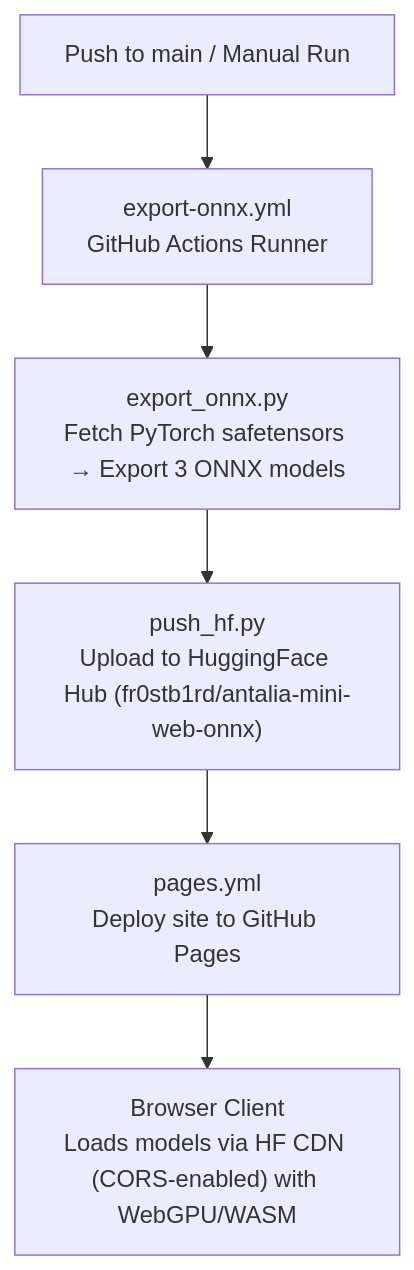
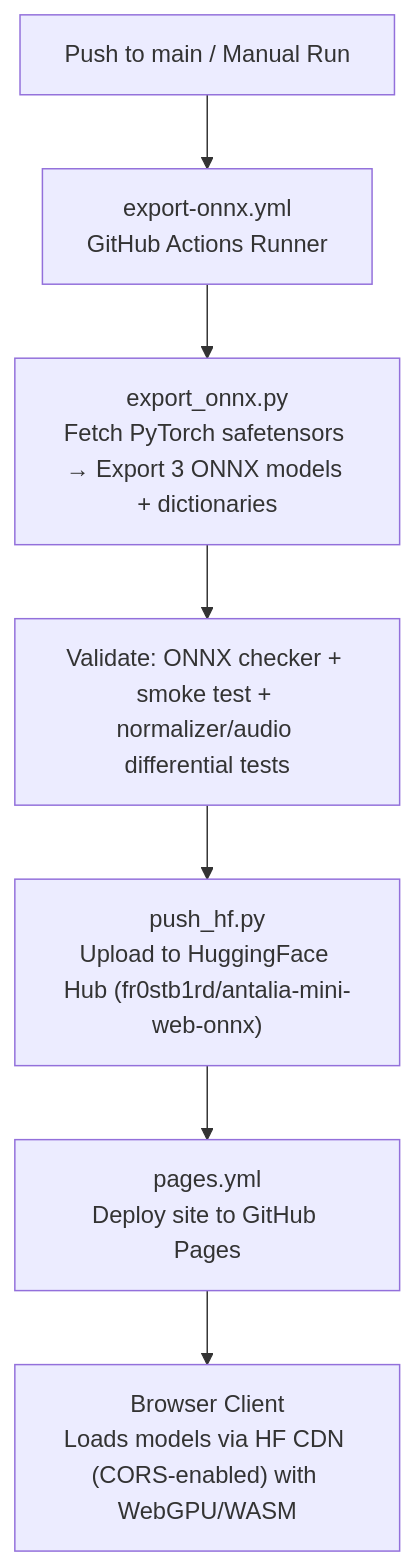
Before and after one commit to fr0stb1rd/antalia-mini-web: the second of 2 diagrams in README.md, drawn with Mermaid. The commit also changed other lines of this file and 2 other files, not shown here.

````diff
--- a/README.md
+++ b/README.md
@@ -49,8 +54,9 @@
 ```mermaid
 flowchart TD
     A["Push to main / Manual Run"] --> B["export-onnx.yml\nGitHub Actions Runner"]
-    B --> C["export_onnx.py\nFetch PyTorch safetensors → Export 3 ONNX models"]
-    C --> D["push_hf.py\nUpload to HuggingFace Hub (fr0stb1rd/antalia-mini-web-onnx)"]
-    D --> E["pages.yml\nDeploy site to GitHub Pages"]
-    E --> F["Browser Client\nLoads models via HF CDN (CORS-enabled) with WebGPU/WASM"]
+    B --> C["export_onnx.py\nFetch PyTorch safetensors → Export 3 ONNX models + dictionaries"]
+    C --> D["Validate: ONNX checker + smoke test + normalizer/audio differential tests"]
+    D --> E["push_hf.py\nUpload to HuggingFace Hub (fr0stb1rd/antalia-mini-web-onnx)"]
+    E --> F["pages.yml\nDeploy site to GitHub Pages"]
+    F --> G["Browser Client\nLoads models via HF CDN (CORS-enabled) with WebGPU/WASM"]
 ```
````
